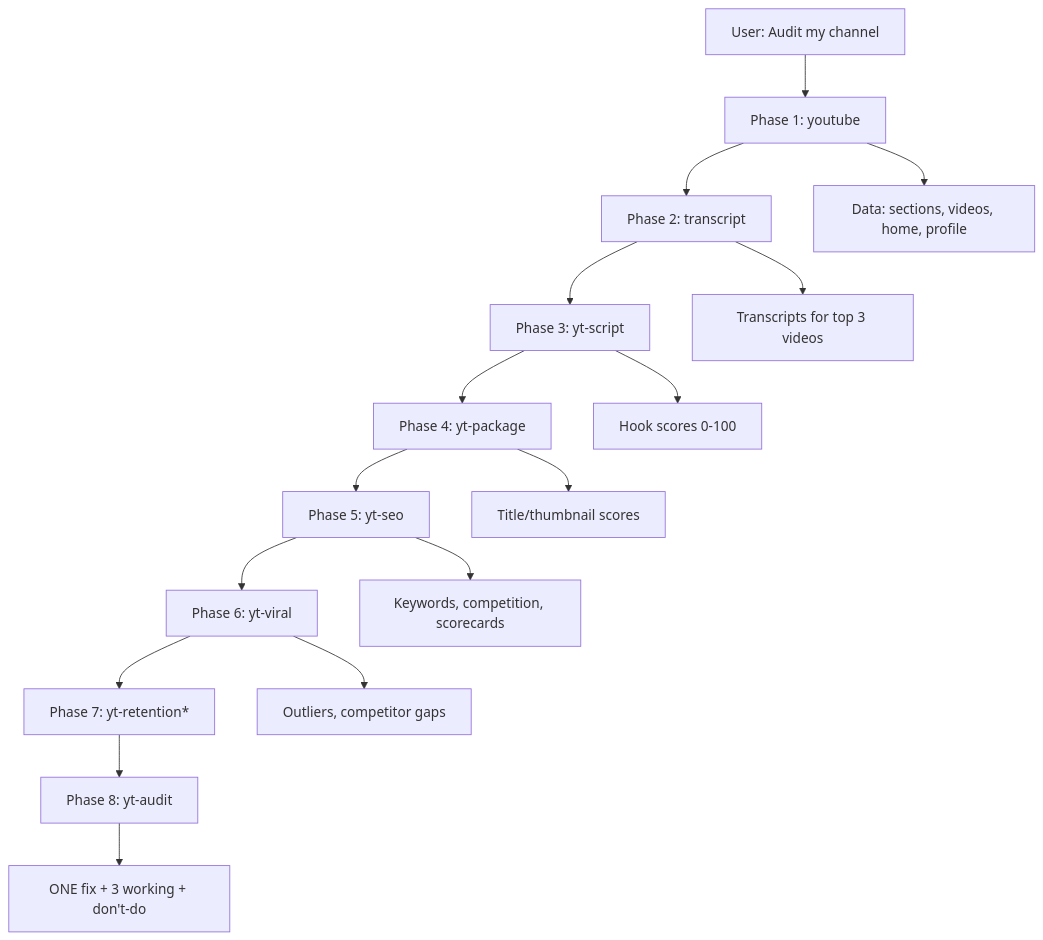
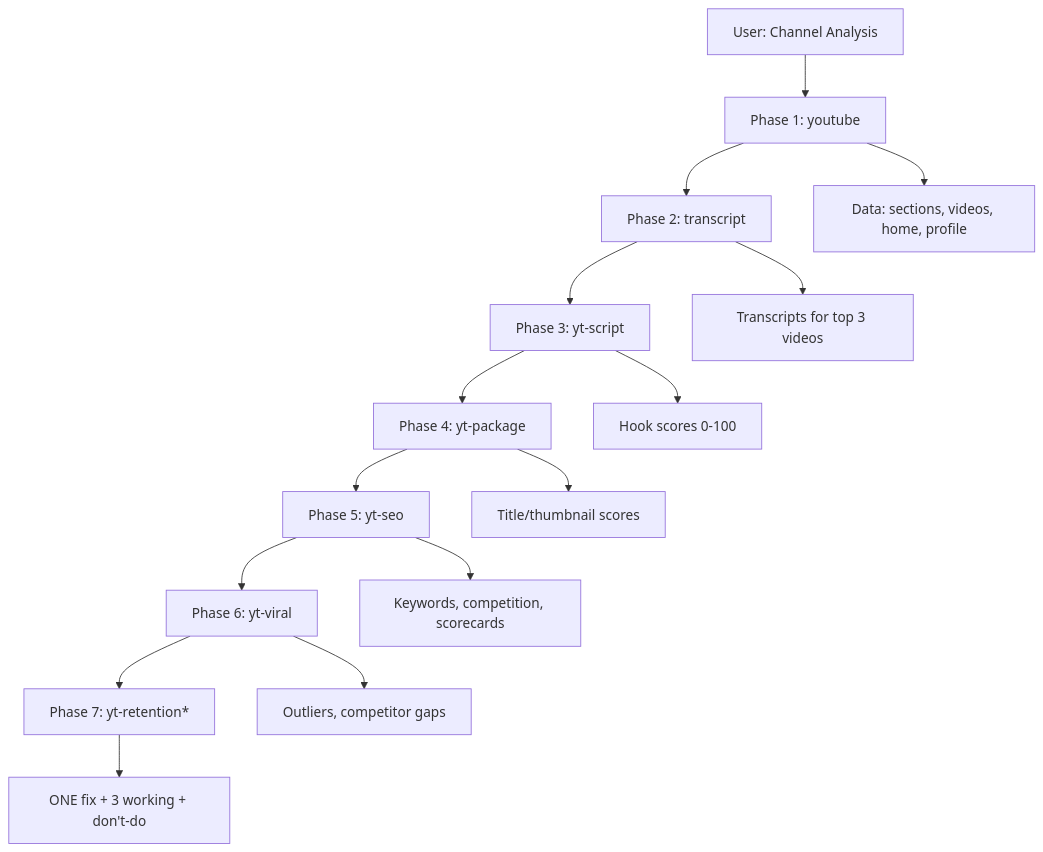
One commit to hackers-reality/youtube-skillbox changed the diagram in README.md. Above: the diagram before and after it, drawn with Mermaid. The commit also changed other lines of this file and 10 other files, not shown here.

````diff
--- a/README.md
+++ b/README.md
@@ -77,19 +77,18 @@
 ```mermaid
 graph TD
-    A[User: Audit my channel] --> B[Phase 1: youtube]
+    A[User: Channel Analysis] --> B[Phase 1: youtube]
     B --> C[Phase 2: transcript]
     C --> D[Phase 3: yt-script]
     D --> E[Phase 4: yt-package]
     E --> F[Phase 5: yt-seo]
     F --> G[Phase 6: yt-viral]
     G --> H[Phase 7: yt-retention*]
-    H --> I[Phase 8: yt-audit]
     
     B --> J[Data: sections, videos, home, profile]
     C --> K[Transcripts for top 3 videos]
     D --> L[Hook scores 0-100]
     E --> M[Title/thumbnail scores]
     F --> N[Keywords, competition, scorecards]
     G --> O[Outliers, competitor gaps]
-    I --> P[ONE fix + 3 working + don't-do]
+    H --> P[ONE fix + 3 working + don't-do]
 ```
````
